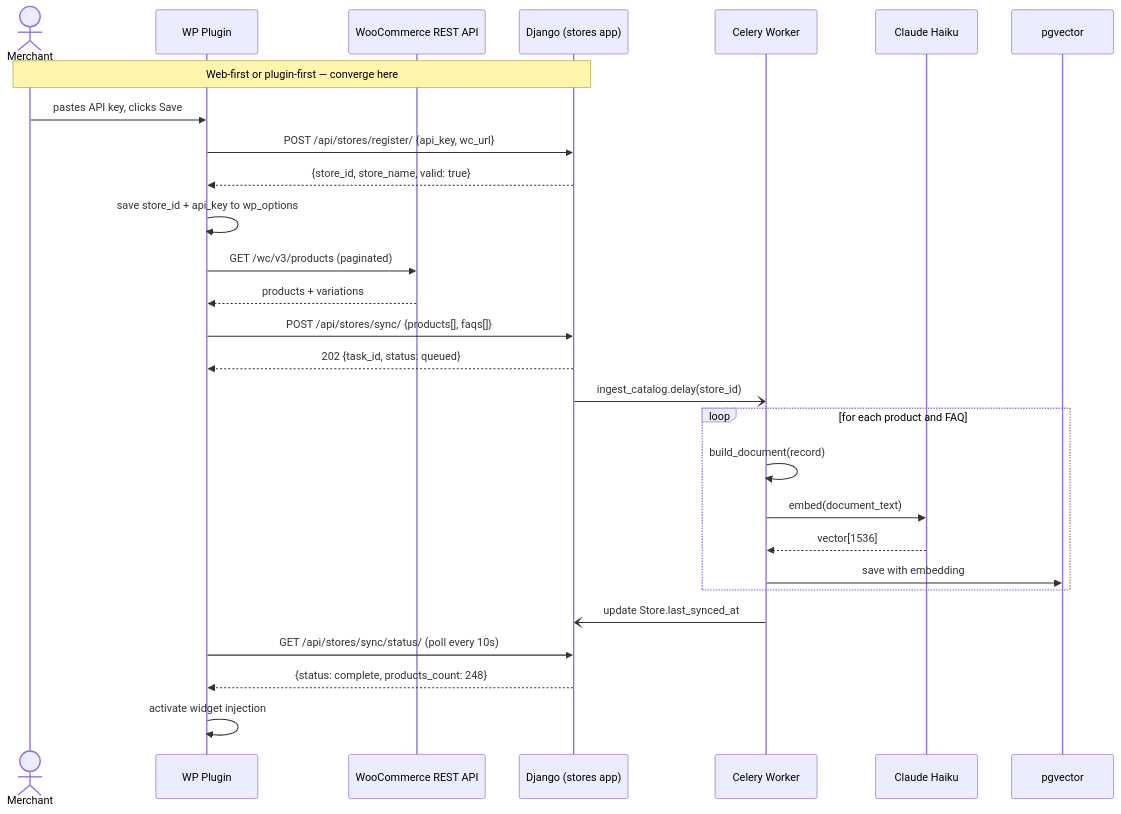
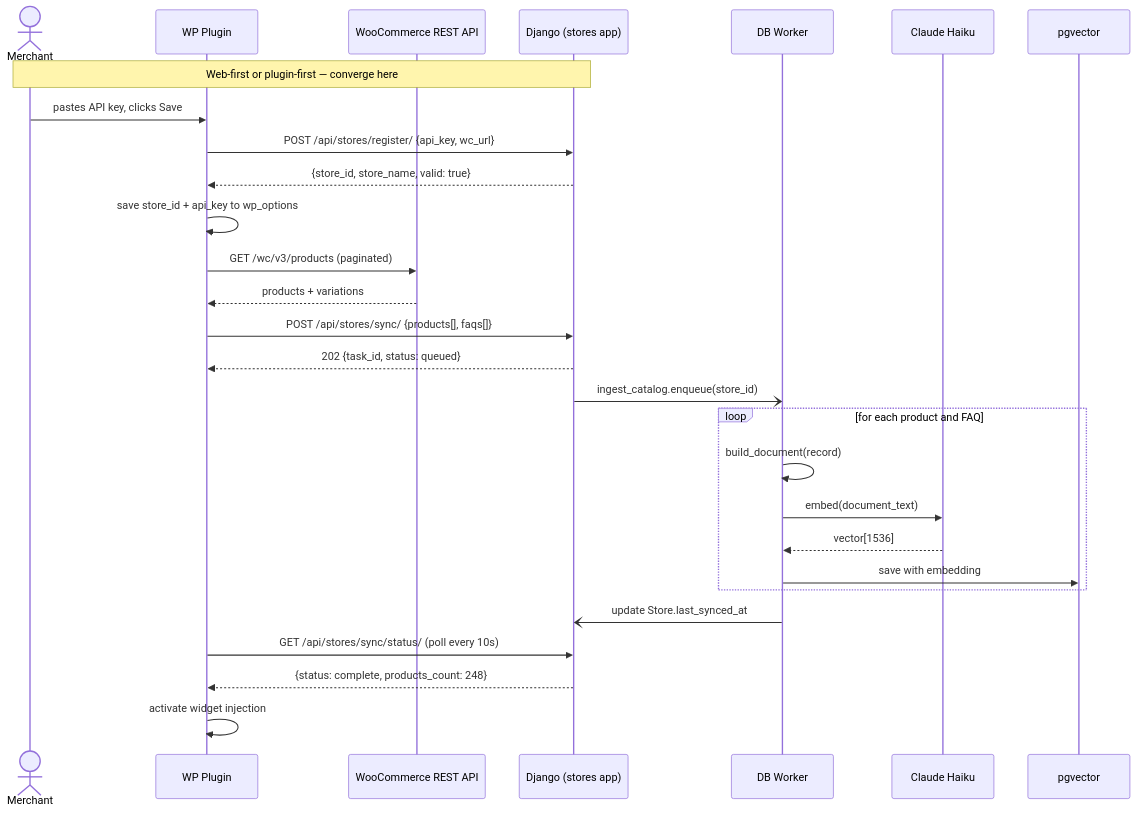
Before and after one commit to aji-pratama/woocs: the third of 5 diagrams in .docs/PRD_v0.md, drawn with Mermaid. The commit also changed other lines of this file and 1 other file, not shown here.

Commit message:
docs: update architecture documentation to reflect removal of Redis, migration to Django Tasks, and new directory structure

````diff
--- a/.docs/PRD_v0.md
+++ b/.docs/PRD_v0.md
@@ -1302,35 +1300,35 @@
 ```mermaid
 sequenceDiagram
   actor Merchant
   participant WP as WP Plugin
   participant WC as WooCommerce REST API
   participant Django as Django (stores app)
-  participant Celery as Celery Worker
+  participant Worker as DB Worker
   participant Haiku as Claude Haiku
   participant PG as pgvector
 
   Note over Merchant,Django: Web-first or plugin-first — converge here
 
   Merchant->>WP: pastes API key, clicks Save
   WP->>Django: POST /api/stores/register/ {api_key, wc_url}
   Django-->>WP: {store_id, store_name, valid: true}
   WP->>WP: save store_id + api_key to wp_options
 
   WP->>WC: GET /wc/v3/products (paginated)
   WC-->>WP: products + variations
   WP->>Django: POST /api/stores/sync/ {products[], faqs[]}
   Django-->>WP: 202 {task_id, status: queued}
-  Django-)Celery: ingest_catalog.delay(store_id)
+  Django-)Worker: ingest_catalog.enqueue(store_id)
 
   loop for each product and FAQ
-    Celery->>Celery: build_document(record)
-    Celery->>Haiku: embed(document_text)
-    Haiku-->>Celery: vector[1536]
-    Celery->>PG: save with embedding
+    Worker->>Worker: build_document(record)
+    Worker->>Haiku: embed(document_text)
+    Haiku-->>Worker: vector[1536]
+    Worker->>PG: save with embedding
   end
 
-  Celery-)Django: update Store.last_synced_at
+  Worker-)Django: update Store.last_synced_at
   WP->>Django: GET /api/stores/sync/status/ (poll every 10s)
   Django-->>WP: {status: complete, products_count: 248}
   WP->>WP: activate widget injection
 ```
````
